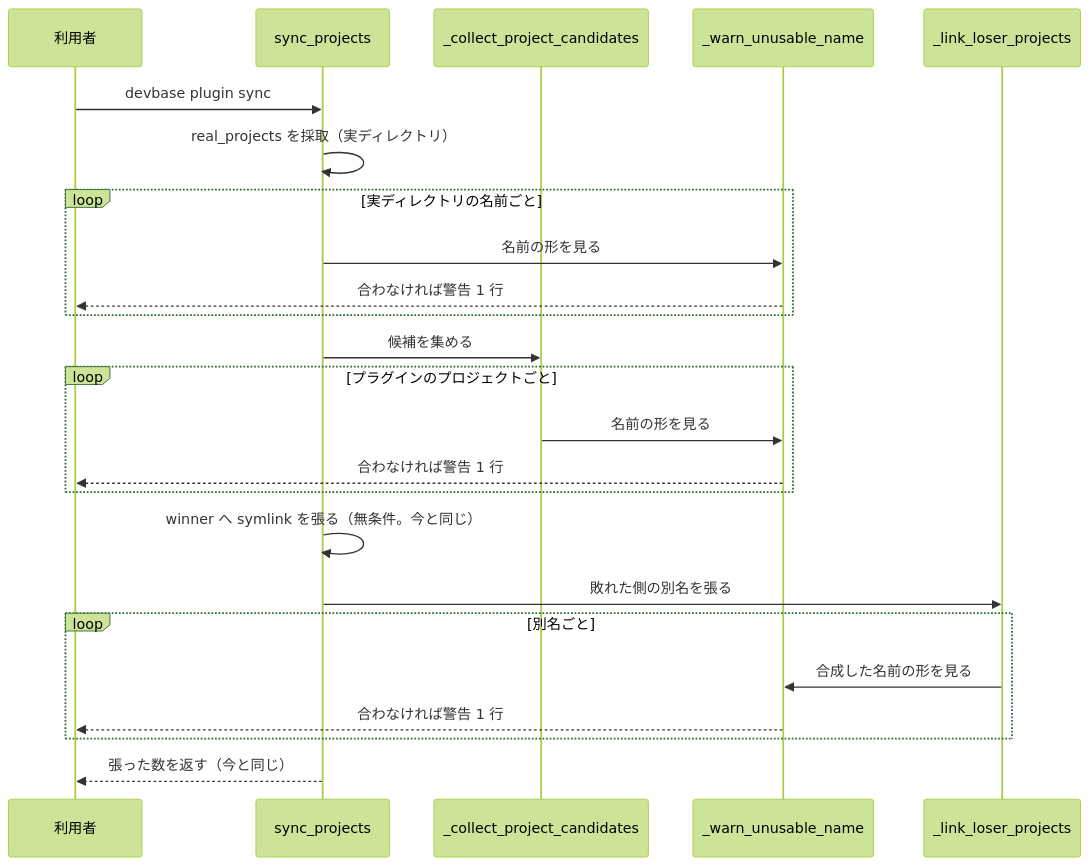
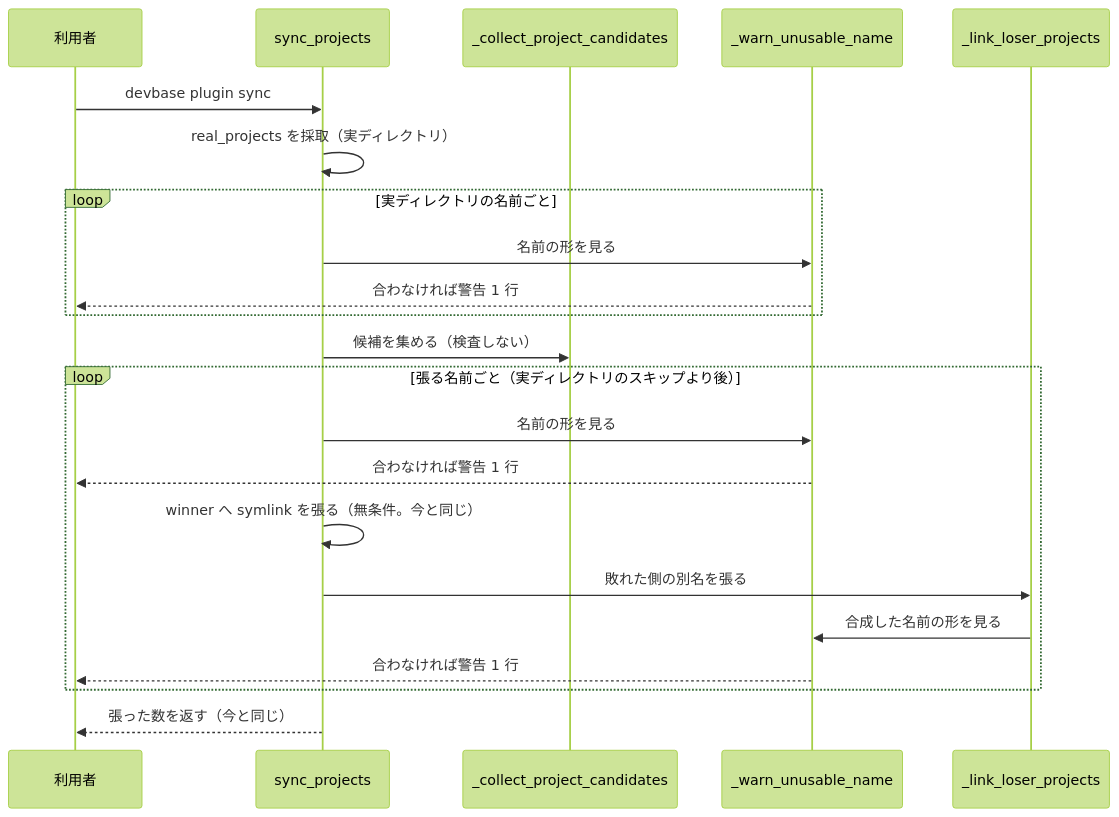
Before and after one commit to devbasex/devbase: the third of 3 diagrams in issues/PLAN66_project-name-validation-design.md, drawn with Mermaid (forest theme). The commit also changed other lines of this file and 1 other file, not shown here.

````diff
--- a/issues/PLAN66_project-name-validation-design.md
+++ b/issues/PLAN66_project-name-validation-design.md
@@ -91,26 +90,24 @@
 ```mermaid
 sequenceDiagram
     participant U as 利用者
     participant S as sync_projects
     participant C as _collect_project_candidates
     participant W as _warn_unusable_name
     participant L as _link_loser_projects
     U->>S: devbase plugin sync
     S->>S: real_projects を採取（実ディレクトリ）
     loop 実ディレクトリの名前ごと
         S->>W: 名前の形を見る
         W-->>U: 合わなければ警告 1 行
     end
-    S->>C: 候補を集める
-    loop プラグインのプロジェクトごと
-        C->>W: 名前の形を見る
+    S->>C: 候補を集める（検査しない）
+    loop 張る名前ごと（実ディレクトリのスキップより後）
+        S->>W: 名前の形を見る
         W-->>U: 合わなければ警告 1 行
-    end
-    S->>S: winner へ symlink を張る（無条件。今と同じ）
-    S->>L: 敗れた側の別名を張る
-    loop 別名ごと
+        S->>S: winner へ symlink を張る（無条件。今と同じ）
+        S->>L: 敗れた側の別名を張る
         L->>W: 合成した名前の形を見る
         W-->>U: 合わなければ警告 1 行
     end
     S-->>U: 張った数を返す（今と同じ）
 ```
````
